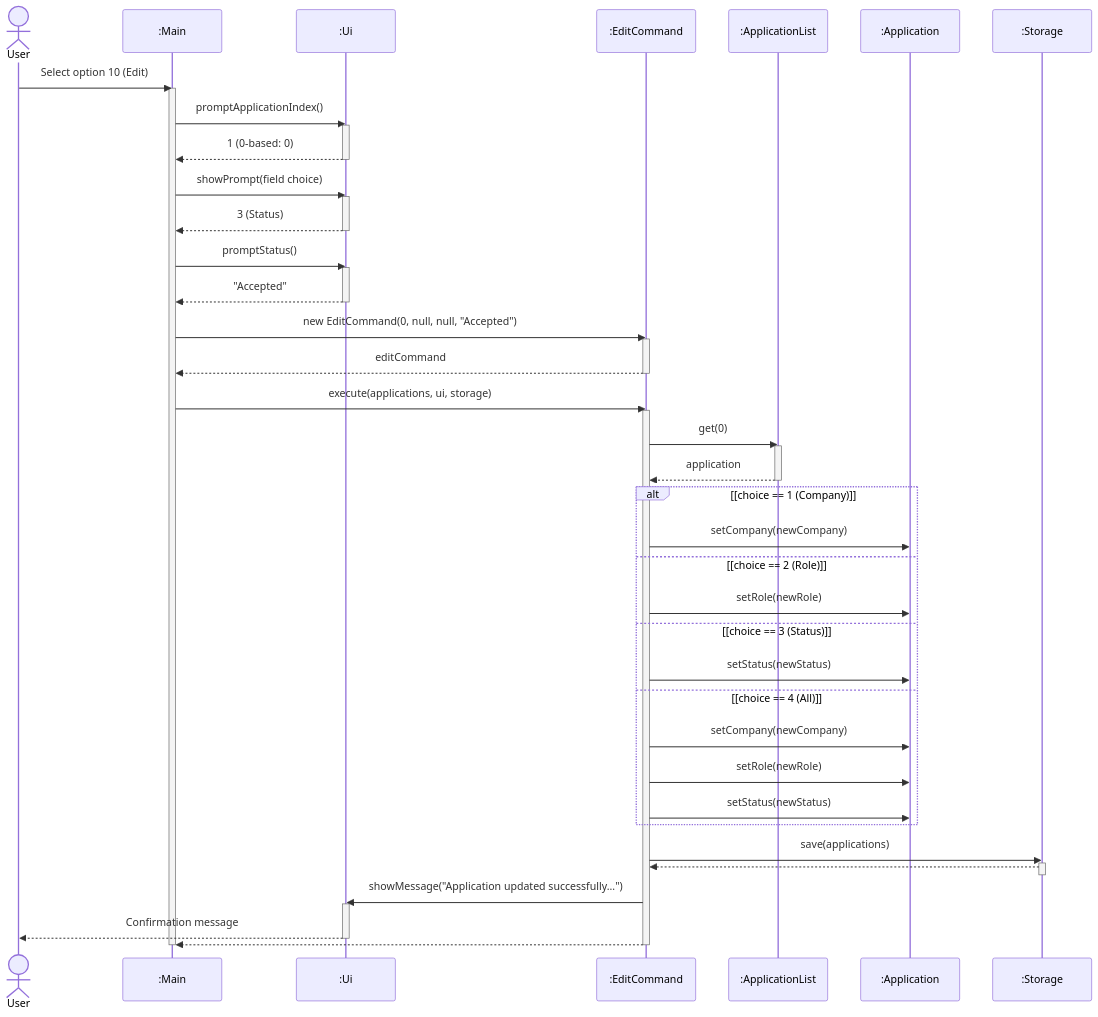
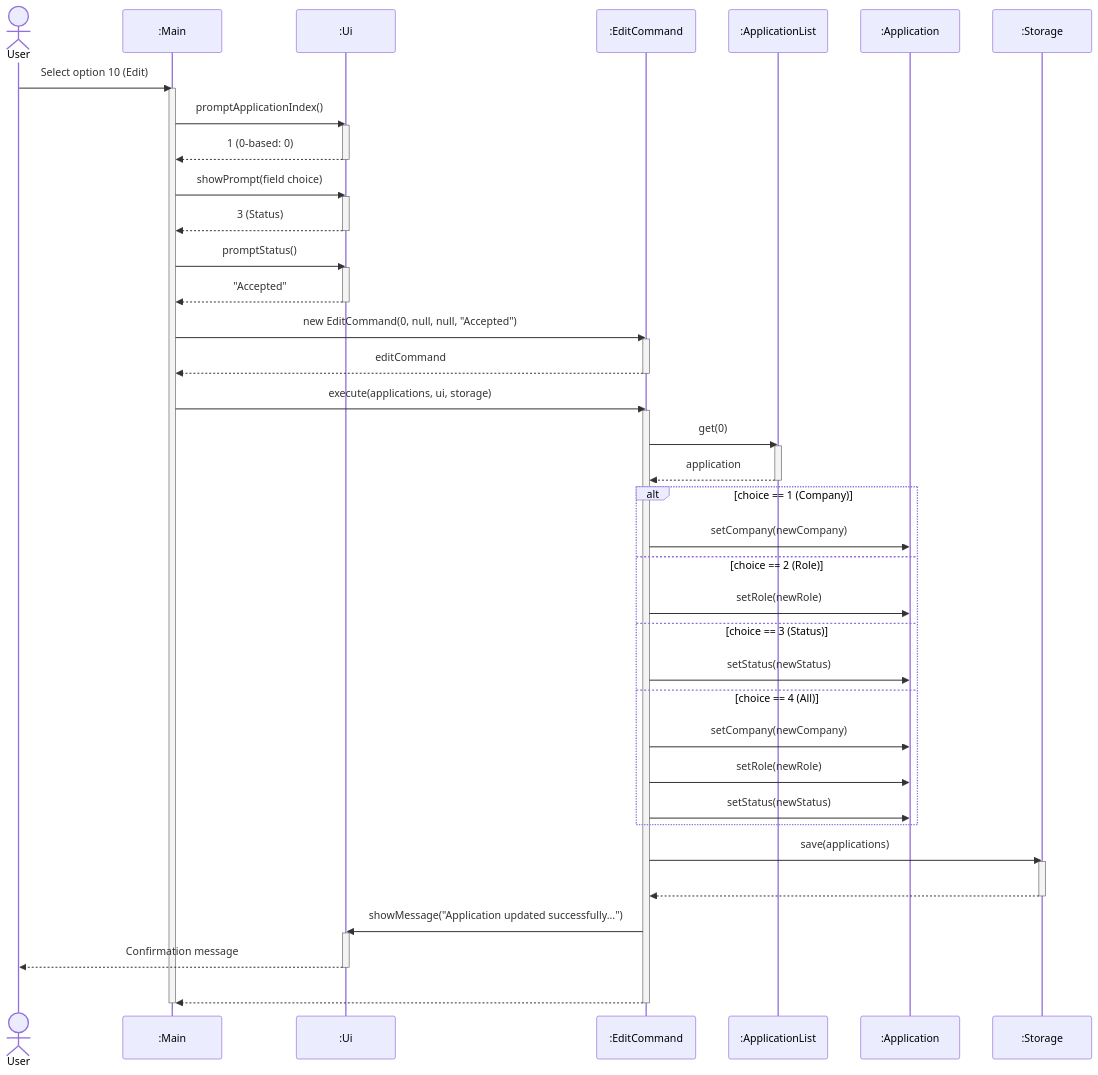
Diagram 14 of 22 in docs/DeveloperGuide.md (AY2627S1-CS2113-T10-2/tp), drawn with Mermaid before and after one commit. The commit also changed other lines of this file, not shown here.

First line of the commit message:
docs: align sequence return arrows and enhance class diagram resolution

````diff
--- a/docs/DeveloperGuide.md
+++ b/docs/DeveloperGuide.md
@@ -730,59 +792,63 @@
 ```mermaid
+---
+config:
+  themeCSS: ".actor-line { stroke-dasharray: 4, 4 !important; } line.loopLine:not([style*='stroke-dasharray']) { stroke-dasharray: none !important; }"
+---
 sequenceDiagram
     actor user as User
     participant main as :Main
     participant ui as :Ui
     participant cmd as :EditCommand
     participant list as :ApplicationList
     participant app as :Application
     participant storage as :Storage
 
     user->>main: Select option 10 (Edit)
     activate main
     main->>ui: promptApplicationIndex()
     activate ui
     ui-->>main: 1 (0-based: 0)
     deactivate ui
     main->>ui: showPrompt(field choice)
     activate ui
     ui-->>main: 3 (Status)
     deactivate ui
     main->>ui: promptStatus()
     activate ui
     ui-->>main: "Accepted"
     deactivate ui
     main->>cmd: new EditCommand(0, null, null, "Accepted")
     activate cmd
     cmd-->>main: editCommand
     deactivate cmd
     main->>cmd: execute(applications, ui, storage)
     activate cmd
     cmd->>list: get(0)
     activate list
     list-->>cmd: application
     deactivate list
 
-    alt [choice == 1 (Company)]
+    alt choice == 1 (Company)
         cmd->>app: setCompany(newCompany)
-    else [choice == 2 (Role)]
+    else choice == 2 (Role)
         cmd->>app: setRole(newRole)
-    else [choice == 3 (Status)]
+    else choice == 3 (Status)
         cmd->>app: setStatus(newStatus)
-    else [choice == 4 (All)]
+    else choice == 4 (All)
         cmd->>app: setCompany(newCompany)
         cmd->>app: setRole(newRole)
         cmd->>app: setStatus(newStatus)
     end
 
     cmd->>storage: save(applications)
     activate storage
-    storage-->>cmd: 
+    storage-->>cmd: ​
     deactivate storage
     cmd->>ui: showMessage("Application updated successfully...")
     activate ui
     ui-->>user: Confirmation message
     deactivate ui
-    cmd-->>main: 
+    cmd-->>main: ​
     deactivate cmd
     deactivate main
 ```
````
